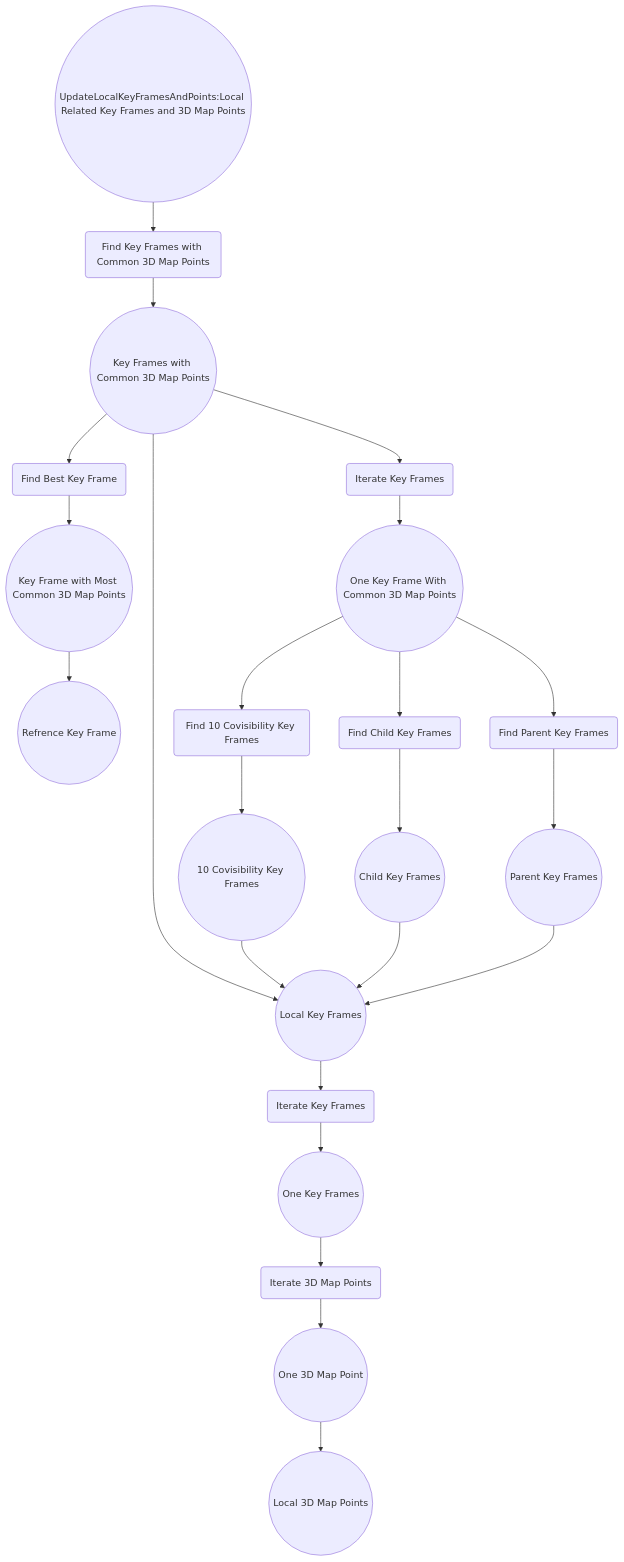
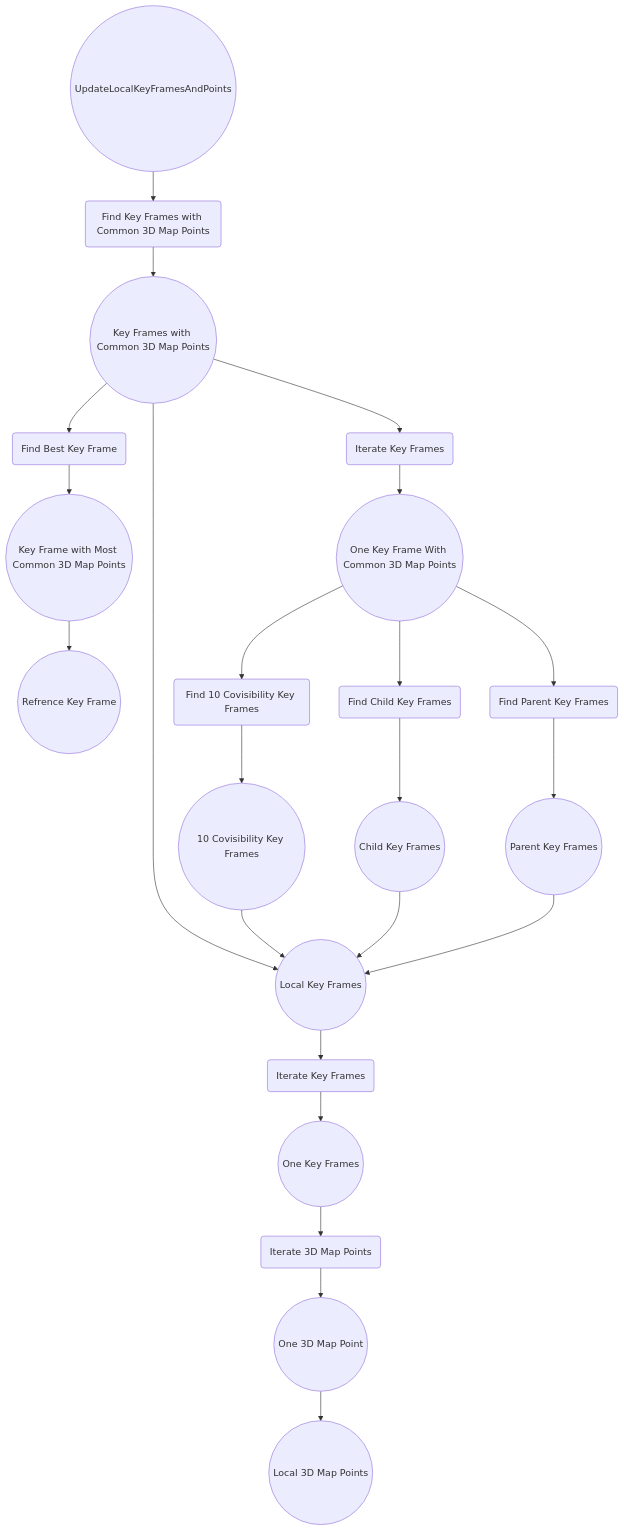
The ninth of 10 diagrams in Track.md (huang-yuefeng/3DComputerVision), drawn with Mermaid before and after one commit. The commit also changed other lines of this file, not shown here.

````diff
--- a/Track.md
+++ b/Track.md
@@ -216,29 +216,29 @@
 ```mermaid 
 		graph TD
-			UpdateLocalKeyFrames((UpdateLocalKeyFramesAndPoints:Local Related Key Frames and 3D Map Points)) --> FindCovisibilityKeyFrame(Find Key Frames with Common 3D Map Points)
+			UpdateLocalKeyFrames((UpdateLocalKeyFramesAndPoints)) --> FindCovisibilityKeyFrame(Find Key Frames with Common 3D Map Points)
 			FindCovisibilityKeyFrame --> KeyFramesWithCommonMP((Key Frames with Common 3D Map Points))
 			KeyFramesWithCommonMP --> FindMaxKF(Find Best Key Frame)
 			FindMaxKF --> MaxKF((Key Frame with Most Common 3D Map Points))
 			MaxKF --> RefrenceKF((Refrence Key Frame))
 
 			KeyFramesWithCommonMP --> IterateKeyFrames(Iterate Key Frames)
 			IterateKeyFrames --> OneKFWithCommonMP((One Key Frame With Common 3D Map Points))
 			OneKFWithCommonMP --> FindCovisibilityKF(Find 10 Covisibility Key Frames)
 			FindCovisibilityKF --> 10CovisibilityKF((10 Covisibility Key Frames))
 			OneKFWithCommonMP --> FindChildKF(Find Child Key Frames)
 			FindChildKF --> ChildKF((Child Key Frames))
 			OneKFWithCommonMP --> FindParentKF(Find Parent Key Frames)
 			FindParentKF --> ParentKF((Parent Key Frames))
 			
 			KeyFramesWithCommonMP --> LocalKF((Local Key Frames))
 			10CovisibilityKF --> LocalKF
 			ChildKF --> LocalKF
 			ParentKF --> LocalKF
 			
 			
 			LocalKF((Local Key Frames)) --> IterateKF(Iterate Key Frames)
 			IterateKF --> OneKF((One Key Frames))
 			OneKF --> IterateMP(Iterate 3D Map Points)
 			IterateMP --> OneMP((One 3D Map Point))
 			OneMP --> LocalMapPoints((Local 3D Map Points))
 ```
````
